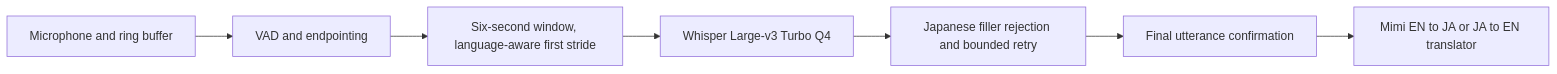
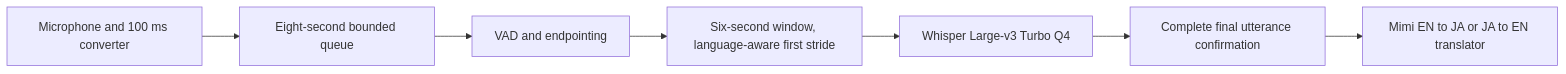
The diagram in Research/speech/local-realtime-stt-review-2026-07-26.md (Parassharmaa/mimi), drawn with Mermaid before and after one commit. The commit also changed other lines of this file and 2 other files, not shown here.

````diff
--- a/Research/speech/local-realtime-stt-review-2026-07-26.md
+++ b/Research/speech/local-realtime-stt-review-2026-07-26.md
@@ -30,9 +36,9 @@
 ```mermaid
 flowchart LR
-    A["Microphone and ring buffer"] --> B["VAD and endpointing"]
-    B --> C["Six-second window, language-aware first stride"]
-    C --> D["Whisper Large-v3 Turbo Q4"]
-    D --> E["Japanese filler rejection and bounded retry"]
-    E --> F["Final utterance confirmation"]
+    A["Microphone and 100 ms converter"] --> B["Eight-second bounded queue"]
+    B --> C["VAD and endpointing"]
+    C --> D["Six-second window, language-aware first stride"]
+    D --> E["Whisper Large-v3 Turbo Q4"]
+    E --> F["Complete final utterance confirmation"]
     F --> G["Mimi EN to JA or JA to EN translator"]
 ```
````
